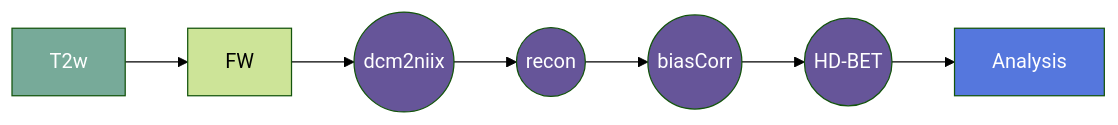
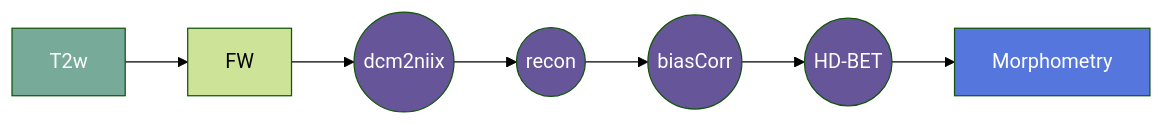
One commit to Nialljb/fw-ants-vbm changed the diagram in README.md. Above: the diagram before and after it, drawn with Mermaid (forest theme).

````diff
--- a/README.md
+++ b/README.md
@@ -111,14 +111,14 @@
 ```mermaid
   graph LR;
     A[T2w]:::input --> FW;
     FW[FW] --> D2N;
     D2N((dcm2niix)):::gear --> CISO;
     CISO((recon)):::gear --> N4;
     N4((biasCorr)):::gear --> BET;
     BET((HD-BET)):::gear --> VBM;
-    VBM[Analysis]:::container;
+    VBM[Morphometry]:::container;
     
     classDef container fill:#57d,color:#fff
     classDef input fill:#7a9,color:#fff
     classDef gear fill:#659,color:#fff
 ```
````
